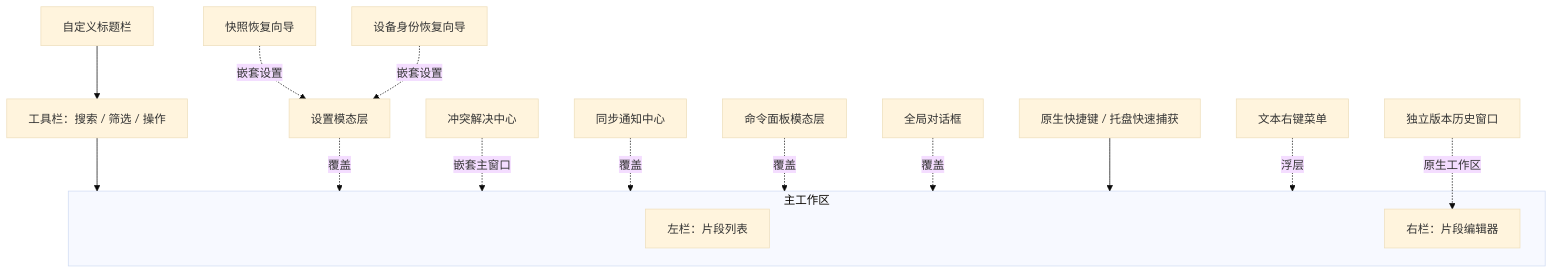
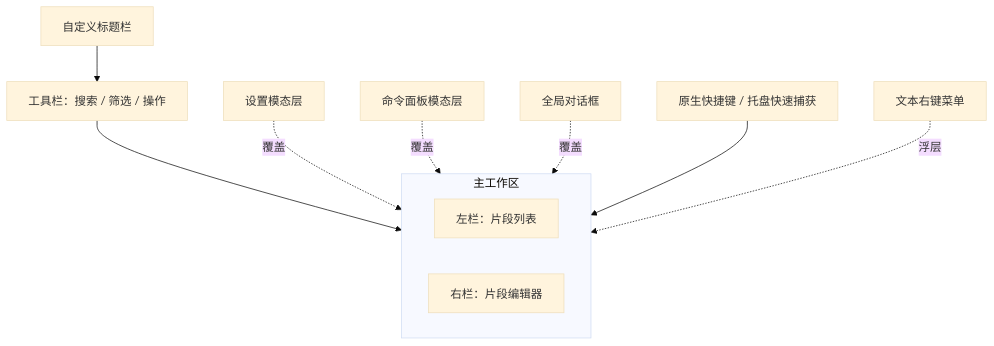
Before and after one commit to rainerosion/snipvault: the first of 4 diagrams in docs/feature-design.md, drawn with Mermaid (base theme). The commit also changed other lines of this file and 26 other files, not shown here.

````diff
--- a/docs/feature-design.md
+++ b/docs/feature-design.md
@@ -9,21 +9,16 @@
 ```mermaid
 flowchart TB
     TITLE[自定义标题栏]
     TOOLBAR[工具栏：搜索 / 筛选 / 操作]
     TITLE --> TOOLBAR
     TOOLBAR --> MAIN
     subgraph MAIN[主工作区]
         SIDEBAR[左栏：片段列表]
         EDITOR[右栏：片段编辑器]
     end
     SETTINGS[设置模态层] -. 覆盖 .-> MAIN
-    HISTORY[独立版本历史窗口] -. 原生工作区 .-> EDITOR
-    RESTORE[快照恢复向导] -. 嵌套设置 .-> SETTINGS
-    CONFLICT[冲突解决中心] -. 嵌套主窗口 .-> MAIN
-    IDENTITY[设备身份恢复向导] -. 嵌套设置 .-> SETTINGS
-    INBOX[同步通知中心] -. 覆盖 .-> MAIN
     PALETTE[命令面板模态层] -. 覆盖 .-> MAIN
     DIALOG[全局对话框] -. 覆盖 .-> MAIN
     CAPTURE[原生快捷键 / 托盘快速捕获] --> MAIN
     CONTEXT[文本右键菜单] -. 浮层 .-> MAIN
 ```
````
